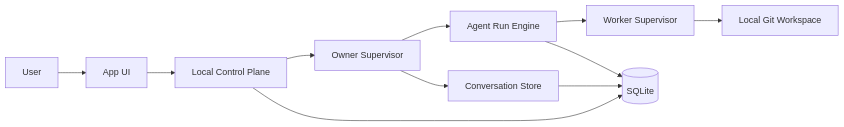
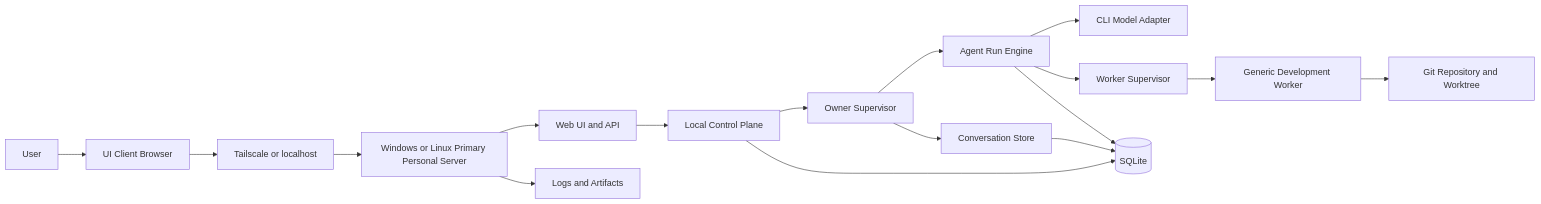
One commit to powerpunch080403/ai-development-platform-design changed the first of 2 diagrams in 02 Architecture/System Context.md. Above: the diagram before and after it, drawn with Mermaid. The commit also changed other lines of this file and 16 other files, not shown here.

````diff
--- a/02 Architecture/System Context.md
+++ b/02 Architecture/System Context.md
@@ -10,13 +11,19 @@
 ```mermaid
 flowchart LR
-    User[User] --> UI[App UI]
-    UI --> LCP[Local Control Plane]
+    User[User] --> Browser["UI Client Browser"]
+    Browser --> Tail["Tailscale or localhost"]
+    Tail --> PPS["Windows or Linux Primary Personal Server"]
+    PPS --> Web["Web UI and API"]
+    Web --> LCP[Local Control Plane]
     LCP --> OwnerSupervisor[Owner Supervisor]
     OwnerSupervisor --> ConversationStore[Conversation Store]
     OwnerSupervisor --> RunEngine[Agent Run Engine]
+    RunEngine --> CLI["CLI Model Adapter"]
     RunEngine --> Supervisor[Worker Supervisor]
+    Supervisor --> Worker["Generic Development Worker"]
     LCP --> LocalSQLite[(SQLite)]
     ConversationStore --> LocalSQLite
     RunEngine --> LocalSQLite
-    Supervisor --> Workspace[Local Git Workspace]
+    Worker --> Workspace["Git Repository and Worktree"]
+    PPS --> Logs["Logs and Artifacts"]
 ```
````
